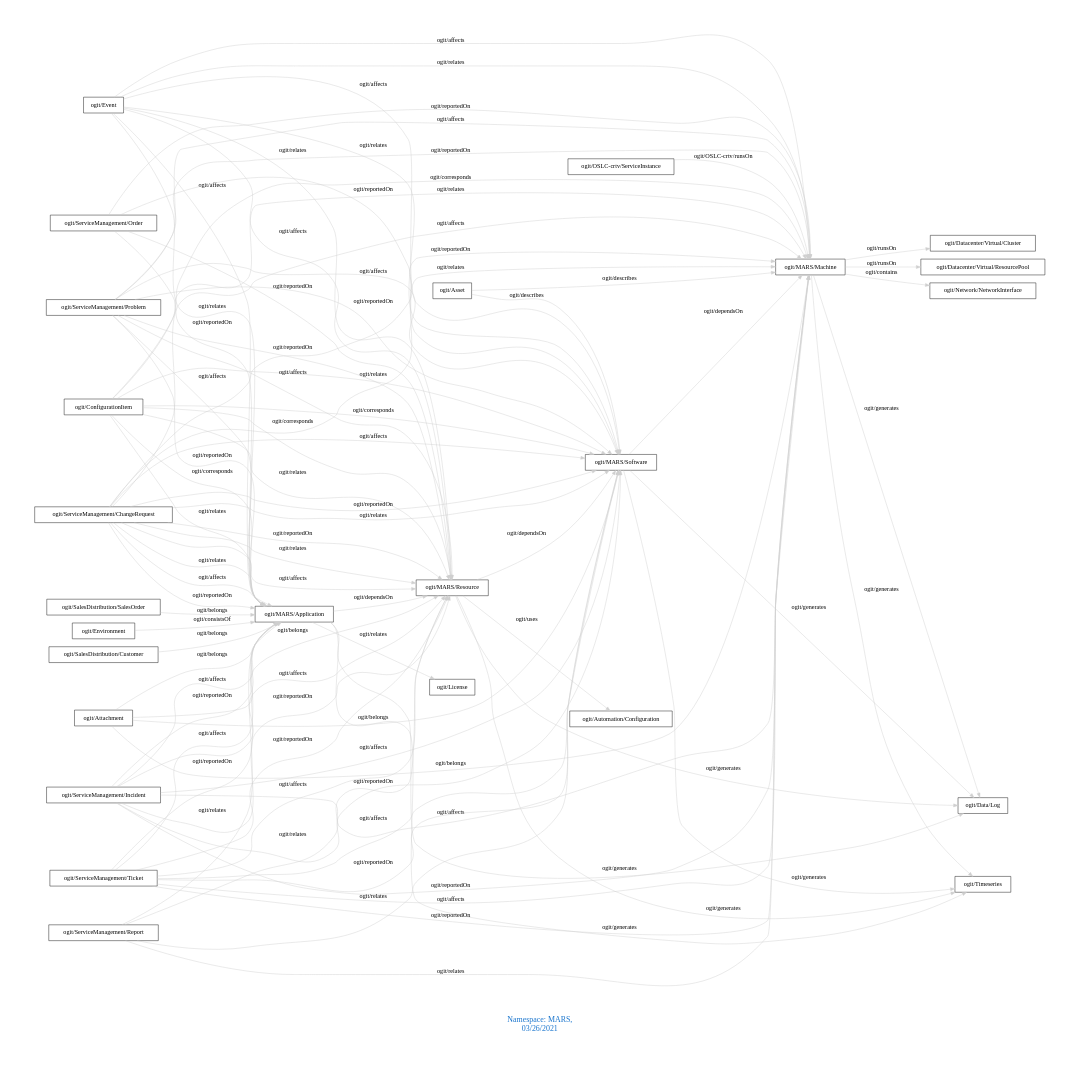
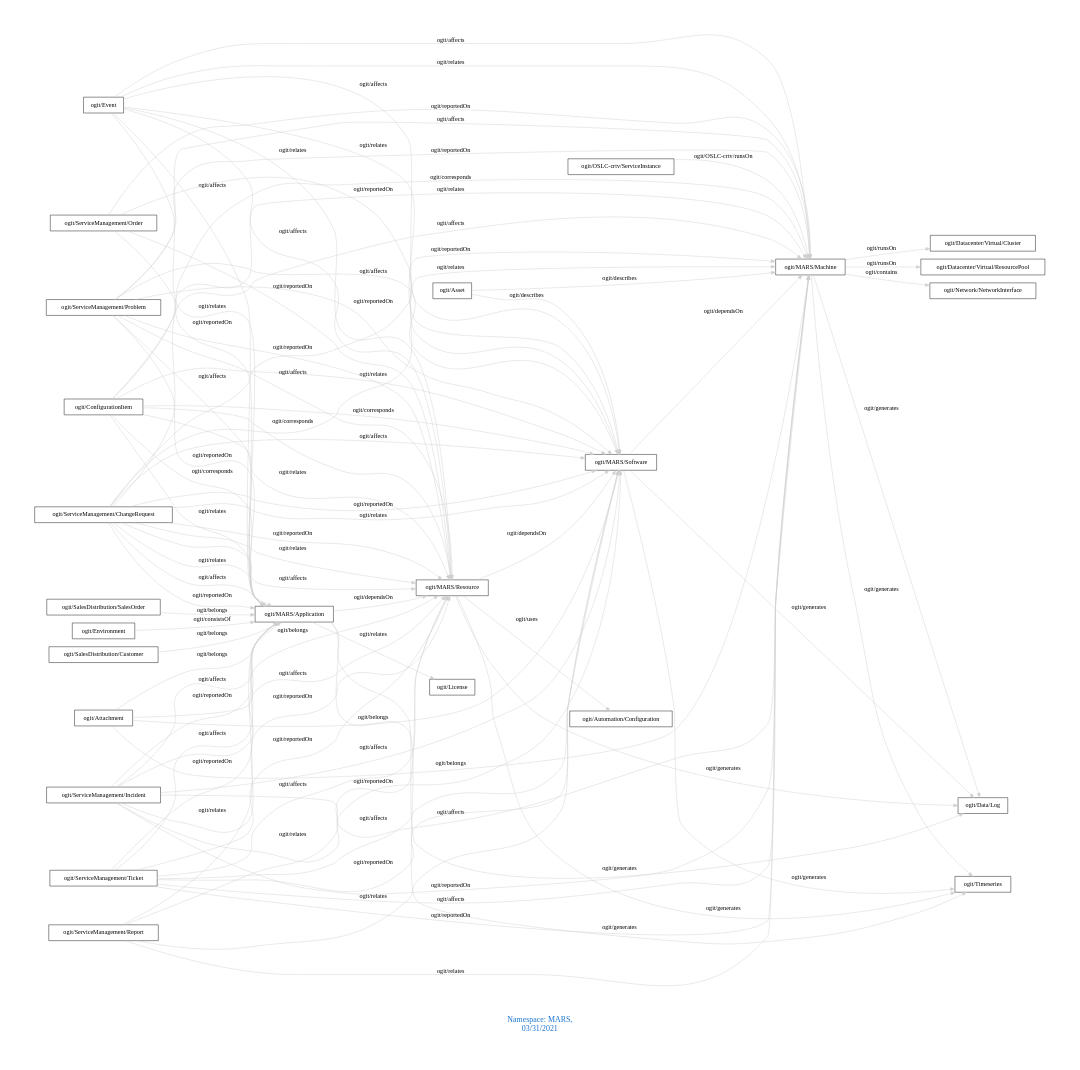
The diagram in downloads/MARS.dot (arago/OGIT), drawn with Graphviz before and after one commit. The commit also changed 1853 other files, not shown here.

```diff
--- a/downloads/MARS.dot
+++ b/downloads/MARS.dot
@@ -1,94 +1,94 @@
 digraph OGIT_ontology {
  graph [ rankdir= LR,pad=1 
 fontsize = 18,
-fontcolor= dodgerblue3,label = "\n\n\nNamespace: MARS, \n 03/26/2021"];
+fontcolor= dodgerblue3,label = "\n\n\nNamespace: MARS, \n 03/31/2021"];
 node[shape=polygon];
 edge [  color="gray81"];
 
    "ogit/MARS/Machine" -> "ogit/Network/NetworkInterface" [label="   ogit/contains    "];
    "ogit/MARS/Machine" -> "ogit/Datacenter/Virtual/Cluster" [label="   ogit/runsOn    "];
    "ogit/MARS/Machine" -> "ogit/Datacenter/Virtual/ResourcePool" [label="   ogit/runsOn    "];
    "ogit/MARS/Application" -> "ogit/Data/Log" [label="   ogit/generates    "];
    "ogit/MARS/Application" -> "ogit/Timeseries" [label="   ogit/generates    "];
    "ogit/MARS/Machine" -> "ogit/Data/Log" [label="   ogit/generates    "];
    "ogit/MARS/Machine" -> "ogit/Timeseries" [label="   ogit/generates    "];
    "ogit/MARS/Resource" -> "ogit/Data/Log" [label="   ogit/generates    "];
    "ogit/MARS/Resource" -> "ogit/Timeseries" [label="   ogit/generates    "];
    "ogit/MARS/Software" -> "ogit/Data/Log" [label="   ogit/generates    "];
    "ogit/MARS/Software" -> "ogit/Timeseries" [label="   ogit/generates    "];
    "ogit/Asset" -> "ogit/MARS/Software" [label="   ogit/describes    "];
    "ogit/Asset" -> "ogit/MARS/Machine" [label="   ogit/describes    "];
    "ogit/ConfigurationItem" -> "ogit/MARS/Application" [label="   ogit/corresponds    "];
    "ogit/ConfigurationItem" -> "ogit/MARS/Resource" [label="   ogit/corresponds    "];
    "ogit/ConfigurationItem" -> "ogit/MARS/Software" [label="   ogit/corresponds    "];
    "ogit/ConfigurationItem" -> "ogit/MARS/Machine" [label="   ogit/corresponds    "];
    "ogit/ServiceManagement/ChangeRequest" -> "ogit/MARS/Application" [label="   ogit/affects    "];
    "ogit/ServiceManagement/ChangeRequest" -> "ogit/MARS/Resource" [label="   ogit/affects    "];
    "ogit/ServiceManagement/ChangeRequest" -> "ogit/MARS/Software" [label="   ogit/affects    "];
    "ogit/ServiceManagement/ChangeRequest" -> "ogit/MARS/Machine" [label="   ogit/affects    "];
    "ogit/ServiceManagement/Incident" -> "ogit/MARS/Application" [label="   ogit/affects    "];
    "ogit/ServiceManagement/Incident" -> "ogit/MARS/Resource" [label="   ogit/affects    "];
    "ogit/ServiceManagement/Incident" -> "ogit/MARS/Software" [label="   ogit/affects    "];
    "ogit/ServiceManagement/Incident" -> "ogit/MARS/Machine" [label="   ogit/affects    "];
    "ogit/ServiceManagement/Problem" -> "ogit/MARS/Application" [label="   ogit/affects    "];
    "ogit/ServiceManagement/Problem" -> "ogit/MARS/Resource" [label="   ogit/affects    "];
    "ogit/ServiceManagement/Problem" -> "ogit/MARS/Software" [label="   ogit/affects    "];
    "ogit/ServiceManagement/Problem" -> "ogit/MARS/Machine" [label="   ogit/affects    "];
    "ogit/ServiceManagement/Ticket" -> "ogit/MARS/Application" [label="   ogit/affects    "];
    "ogit/ServiceManagement/Ticket" -> "ogit/MARS/Resource" [label="   ogit/affects    "];
    "ogit/ServiceManagement/Ticket" -> "ogit/MARS/Software" [label="   ogit/affects    "];
    "ogit/ServiceManagement/Ticket" -> "ogit/MARS/Machine" [label="   ogit/affects    "];
    "ogit/Event" -> "ogit/MARS/Application" [label="   ogit/affects    "];
    "ogit/Event" -> "ogit/MARS/Resource" [label="   ogit/affects    "];
    "ogit/Event" -> "ogit/MARS/Software" [label="   ogit/affects    "];
    "ogit/Event" -> "ogit/MARS/Machine" [label="   ogit/affects    "];
    "ogit/OSLC-crtv/ServiceInstance" -> "ogit/MARS/Machine" [label="   ogit/OSLC-crtv/runsOn    "];
    "ogit/MARS/Application" -> "ogit/MARS/Resource" [label="   ogit/dependsOn    "];
    "ogit/MARS/Resource" -> "ogit/MARS/Software" [label="   ogit/dependsOn    "];
    "ogit/MARS/Software" -> "ogit/MARS/Machine" [label="   ogit/dependsOn    "];
    "ogit/SalesDistribution/Customer" -> "ogit/MARS/Application" [label="   ogit/belongs    "];
    "ogit/SalesDistribution/SalesOrder" -> "ogit/MARS/Application" [label="   ogit/belongs    "];
    "ogit/Attachment" -> "ogit/MARS/Machine" [label="   ogit/belongs    "];
    "ogit/Attachment" -> "ogit/MARS/Software" [label="   ogit/belongs    "];
    "ogit/Attachment" -> "ogit/MARS/Resource" [label="   ogit/belongs    "];
    "ogit/Attachment" -> "ogit/MARS/Application" [label="   ogit/belongs    "];
    "ogit/MARS/Resource" -> "ogit/Automation/Configuration" [label="   ogit/uses    "];
    "ogit/ServiceManagement/ChangeRequest" -> "ogit/MARS/Machine" [label="   ogit/reportedOn    "];
    "ogit/ServiceManagement/ChangeRequest" -> "ogit/MARS/Software" [label="   ogit/reportedOn    "];
    "ogit/ServiceManagement/ChangeRequest" -> "ogit/MARS/Resource" [label="   ogit/reportedOn    "];
    "ogit/ServiceManagement/ChangeRequest" -> "ogit/MARS/Application" [label="   ogit/reportedOn    "];
    "ogit/ServiceManagement/Incident" -> "ogit/MARS/Machine" [label="   ogit/reportedOn    "];
    "ogit/ServiceManagement/Incident" -> "ogit/MARS/Software" [label="   ogit/reportedOn    "];
    "ogit/ServiceManagement/Incident" -> "ogit/MARS/Resource" [label="   ogit/reportedOn    "];
    "ogit/ServiceManagement/Incident" -> "ogit/MARS/Application" [label="   ogit/reportedOn    "];
    "ogit/ServiceManagement/Order" -> "ogit/MARS/Machine" [label="   ogit/reportedOn    "];
    "ogit/ServiceManagement/Order" -> "ogit/MARS/Software" [label="   ogit/reportedOn    "];
    "ogit/ServiceManagement/Order" -> "ogit/MARS/Resource" [label="   ogit/reportedOn    "];
    "ogit/ServiceManagement/Order" -> "ogit/MARS/Application" [label="   ogit/reportedOn    "];
    "ogit/ServiceManagement/Problem" -> "ogit/MARS/Machine" [label="   ogit/reportedOn    "];
    "ogit/ServiceManagement/Problem" -> "ogit/MARS/Software" [label="   ogit/reportedOn    "];
    "ogit/ServiceManagement/Problem" -> "ogit/MARS/Resource" [label="   ogit/reportedOn    "];
    "ogit/ServiceManagement/Problem" -> "ogit/MARS/Application" [label="   ogit/reportedOn    "];
    "ogit/ServiceManagement/Ticket" -> "ogit/MARS/Machine" [label="   ogit/reportedOn    "];
    "ogit/ServiceManagement/Ticket" -> "ogit/MARS/Software" [label="   ogit/reportedOn    "];
    "ogit/ServiceManagement/Ticket" -> "ogit/MARS/Resource" [label="   ogit/reportedOn    "];
    "ogit/ServiceManagement/Ticket" -> "ogit/MARS/Application" [label="   ogit/reportedOn    "];
    "ogit/Environment" -> "ogit/MARS/Application" [label="   ogit/consistsOf    "];
    "ogit/MARS/Application" -> "ogit/License" [label="   ogit/relates    "];
    "ogit/ServiceManagement/ChangeRequest" -> "ogit/MARS/Machine" [label="   ogit/relates    "];
    "ogit/ServiceManagement/ChangeRequest" -> "ogit/MARS/Software" [label="   ogit/relates    "];
    "ogit/ServiceManagement/ChangeRequest" -> "ogit/MARS/Resource" [label="   ogit/relates    "];
    "ogit/ServiceManagement/ChangeRequest" -> "ogit/MARS/Application" [label="   ogit/relates    "];
    "ogit/ServiceManagement/Report" -> "ogit/MARS/Machine" [label="   ogit/relates    "];
    "ogit/ServiceManagement/Report" -> "ogit/MARS/Software" [label="   ogit/relates    "];
    "ogit/ServiceManagement/Report" -> "ogit/MARS/Resource" [label="   ogit/relates    "];
    "ogit/ServiceManagement/Report" -> "ogit/MARS/Application" [label="   ogit/relates    "];
    "ogit/ConfigurationItem" -> "ogit/MARS/Machine" [label="   ogit/relates    "];
    "ogit/ConfigurationItem" -> "ogit/MARS/Software" [label="   ogit/relates    "];
    "ogit/ConfigurationItem" -> "ogit/MARS/Resource" [label="   ogit/relates    "];
    "ogit/ConfigurationItem" -> "ogit/MARS/Application" [label="   ogit/relates    "];
    "ogit/Event" -> "ogit/MARS/Machine" [label="   ogit/relates    "];
    "ogit/Event" -> "ogit/MARS/Software" [label="   ogit/relates    "];
    "ogit/Event" -> "ogit/MARS/Resource" [label="   ogit/relates    "];
    "ogit/Event" -> "ogit/MARS/Application" [label="   ogit/relates    "];
 }
```
